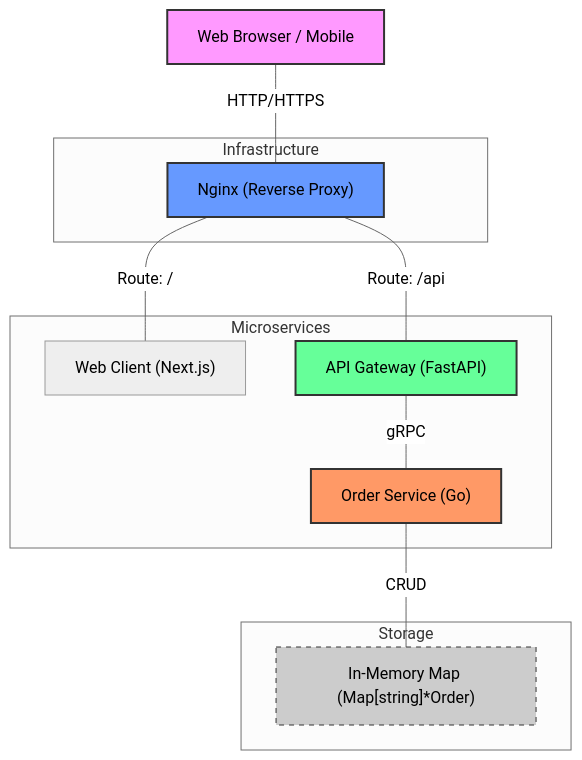
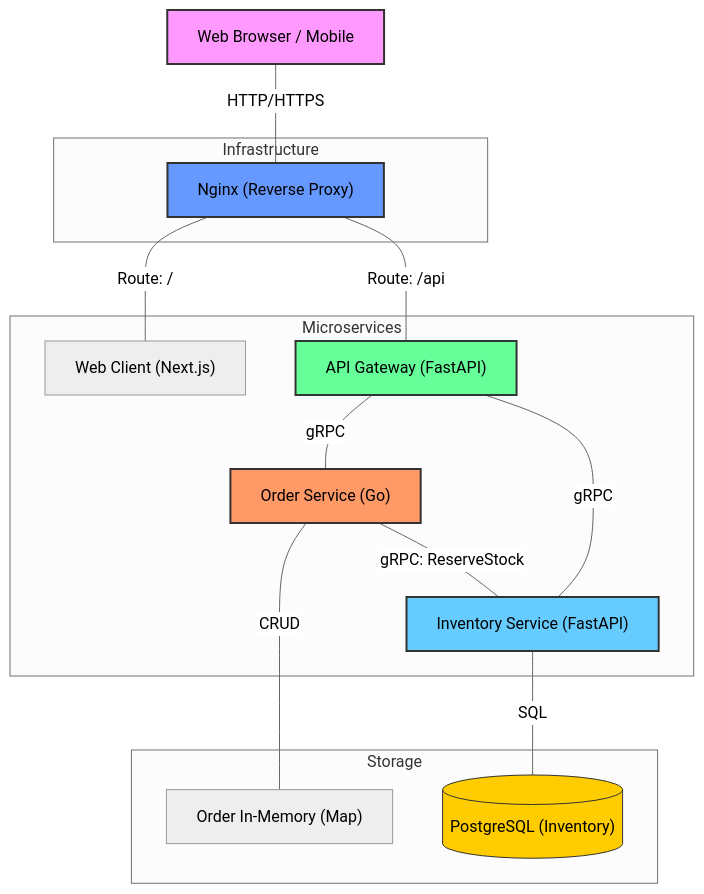
One commit to sairam0424/gRPC-micro-services changed the diagram in order-processing-system/docs/architecture_diagram.md. Above: the diagram before and after it, drawn with Mermaid (neutral theme). The commit also changed other lines of this file and 23 other files, not shown here.

Commit message:
feat: Implement a new inventory service with gRPC API, PostgreSQL integration, and system-wide integration across the order processing system.

````diff
--- a/order-processing-system/docs/architecture_diagram.md
+++ b/order-processing-system/docs/architecture_diagram.md
@@ -11,32 +11,38 @@
 ```mermaid
 graph TD
     Client["Web Browser / Mobile"]
     
     subgraph "Infrastructure"
         Proxy["Nginx (Reverse Proxy)"]
     end
     
     subgraph "Microservices"
         WebClient["Web Client (Next.js)"]
         APIGateway["API Gateway (FastAPI)"]
         OrderService["Order Service (Go)"]
+        InventoryService["Inventory Service (FastAPI)"]
     end
     
     subgraph "Storage"
-        InMemory["In-Memory Map (Map[string]*Order)"]
+        OrderInMemory["Order In-Memory (Map)"]
+        InventoryDB[("PostgreSQL (Inventory)")]
     end
     
     %% Connections
     Client ---|HTTP/HTTPS| Proxy
     Proxy ---|Route: /| WebClient
     Proxy ---|Route: /api| APIGateway
     APIGateway ---|gRPC| OrderService
-    OrderService ---|CRUD| InMemory
+    APIGateway ---|gRPC| InventoryService
+    OrderService ---|gRPC: ReserveStock| InventoryService
+    OrderService ---|CRUD| OrderInMemory
+    InventoryService ---|SQL| InventoryDB
     
     %% Styling
     style Client fill:#f9f,stroke:#333,stroke-width:2px
     style Proxy fill:#69f,stroke:#333,stroke-width:2px
     style APIGateway fill:#6f9,stroke:#333,stroke-width:2px
     style OrderService fill:#f96,stroke:#333,stroke-width:2px
-    style InMemory fill:#ccc,stroke:#333,stroke-dasharray: 5 5
+    style InventoryService fill:#66ccff,stroke:#333,stroke-width:2px
+    style InventoryDB fill:#ffcc00,stroke:#333
 ```
````
